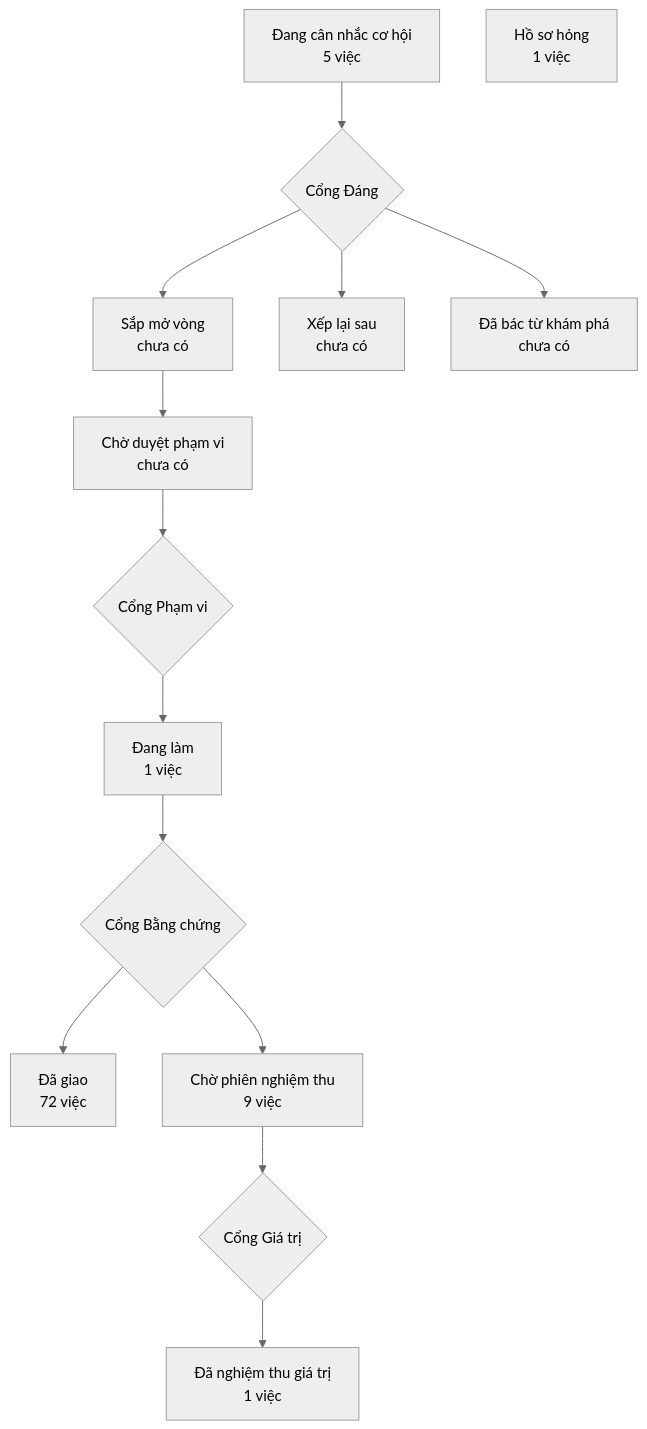
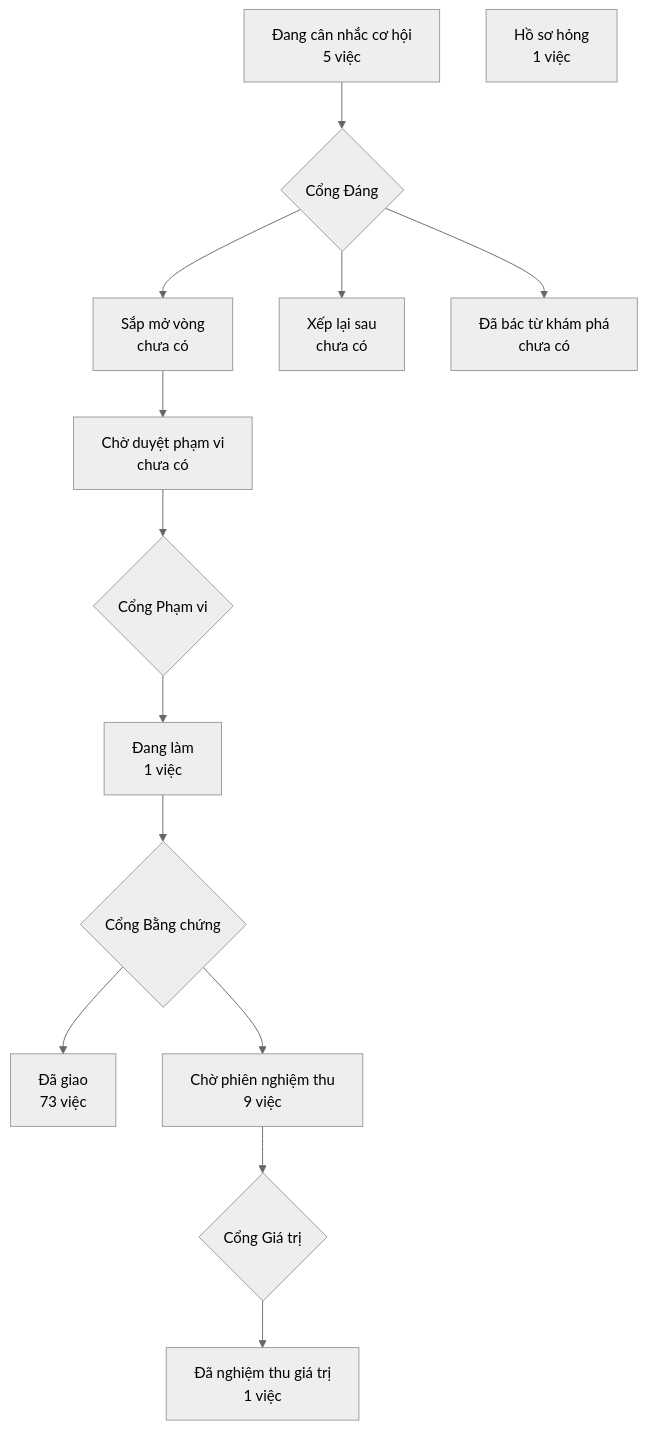
One commit to phanlemanh/crm-onehub changed the diagram in PRODUCT-MAP.md. Above: the diagram before and after it, drawn with Mermaid (neutral theme).

Commit message:
chore: vẽ lại bản đồ sau gộp onehub 5d9e8b9c (#135)

````diff
--- a/PRODUCT-MAP.md
+++ b/PRODUCT-MAP.md
@@ -6,13 +6,13 @@
 ```mermaid
 flowchart TD
   A["Đang cân nhắc cơ hội<br/>5 việc"] --> GD{"Cổng Đáng"}
   GD --> B["Sắp mở vòng<br/>chưa có"]
   GD --> XL["Xếp lại sau<br/>chưa có"]
   GD --> DB["Đã bác từ khám phá<br/>chưa có"]
   B --> CD["Chờ duyệt phạm vi<br/>chưa có"] --> GP{"Cổng Phạm vi"}
   GP --> DL["Đang làm<br/>1 việc"] --> GB{"Cổng Bằng chứng"}
-  GB --> DG["Đã giao<br/>72 việc"]
+  GB --> DG["Đã giao<br/>73 việc"]
   GB --> CN["Chờ phiên nghiệm thu<br/>9 việc"] --> GG{"Cổng Giá trị"}
   GG --> NT["Đã nghiệm thu giá trị<br/>1 việc"]
   HS["Hồ sơ hỏng<br/>1 việc"]
 ```
````
